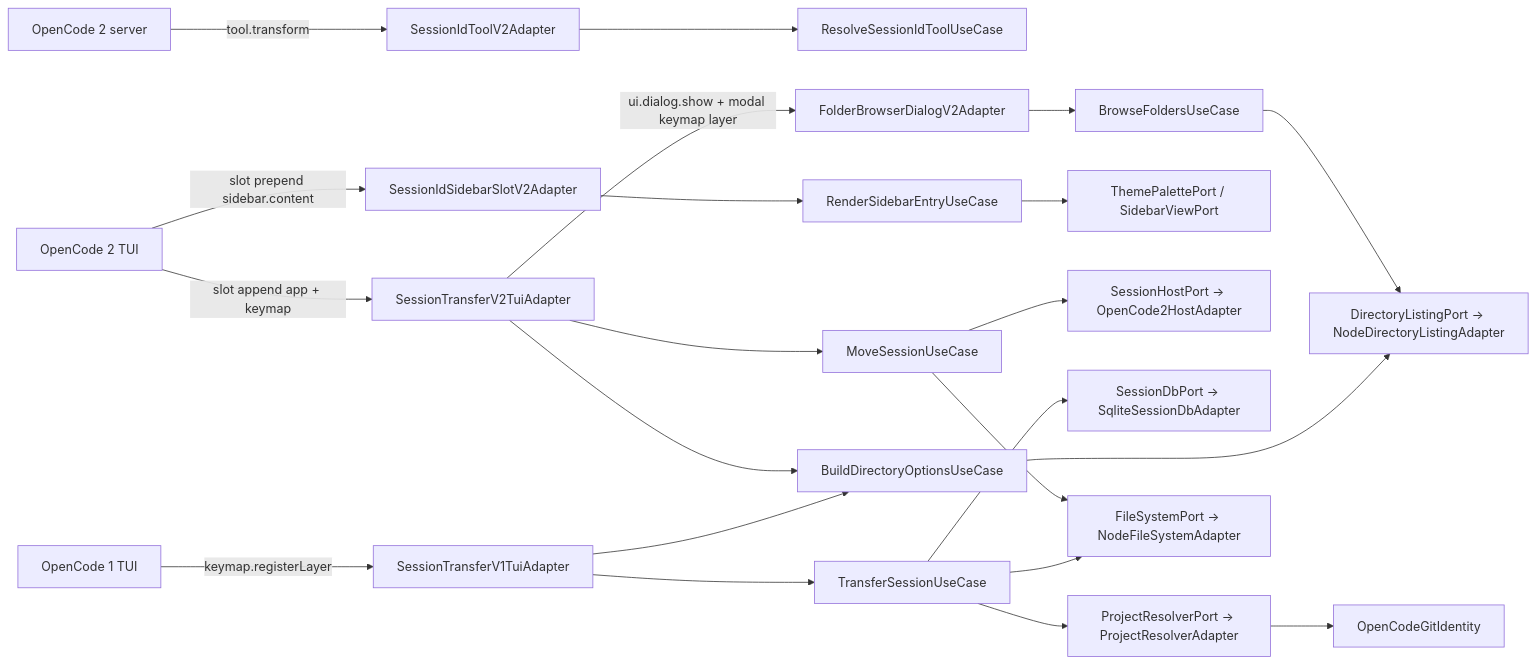
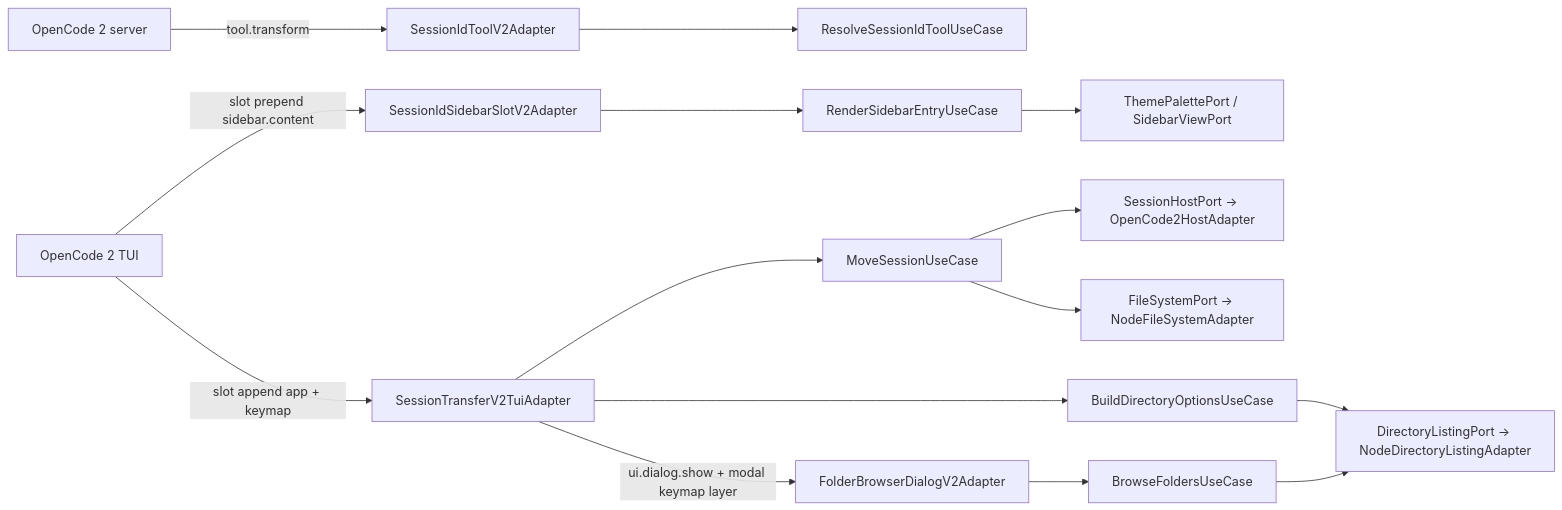
The first of 3 diagrams in README.md (mavasbel-devtools/opencode-session-manager), drawn with Mermaid before and after one commit. The commit also changed other lines of this file and 46 other files, not shown here.

````diff
--- a/README.md
+++ b/README.md
@@ -587,24 +579,17 @@
 ```mermaid
 flowchart LR
     SRV[OpenCode 2 server] -->|tool.transform| TA[SessionIdToolV2Adapter]
     TUI2[OpenCode 2 TUI] -->|slot prepend sidebar.content| SB[SessionIdSidebarSlotV2Adapter]
     TUI2 -->|slot append app + keymap| T2[SessionTransferV2TuiAdapter]
-    TUI1[OpenCode 1 TUI] -->|keymap.registerLayer| T1[SessionTransferV1TuiAdapter]
     TA --> RU[ResolveSessionIdToolUseCase]
     SB --> RE[RenderSidebarEntryUseCase]
     T2 --> MS[MoveSessionUseCase]
-    T1 --> TS[TransferSessionUseCase]
     T2 --> BD[BuildDirectoryOptionsUseCase]
-    T1 --> BD
     T2 -->|ui.dialog.show + modal keymap layer| FB[FolderBrowserDialogV2Adapter]
     FB --> BF[BrowseFoldersUseCase]
     BF --> DL[DirectoryListingPort -> NodeDirectoryListingAdapter]
     BD --> DL
     RE --> TP[ThemePalettePort / SidebarViewPort]
     MS --> HP[SessionHostPort -> OpenCode2HostAdapter]
-    TS --> DB[SessionDbPort -> SqliteSessionDbAdapter]
-    TS --> PR[ProjectResolverPort -> ProjectResolverAdapter]
-    PR --> OGI2[OpenCodeGitIdentity]
     MS --> FS[FileSystemPort -> NodeFileSystemAdapter]
-    TS --> FS
 ```
````
